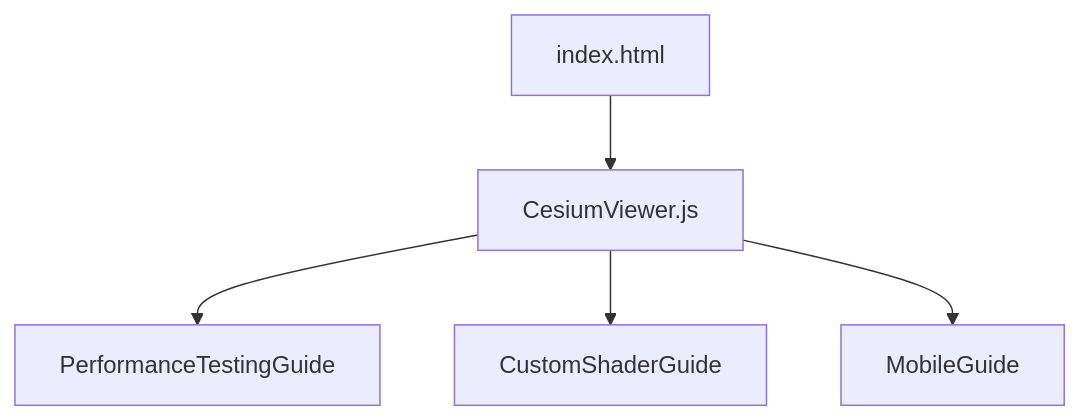
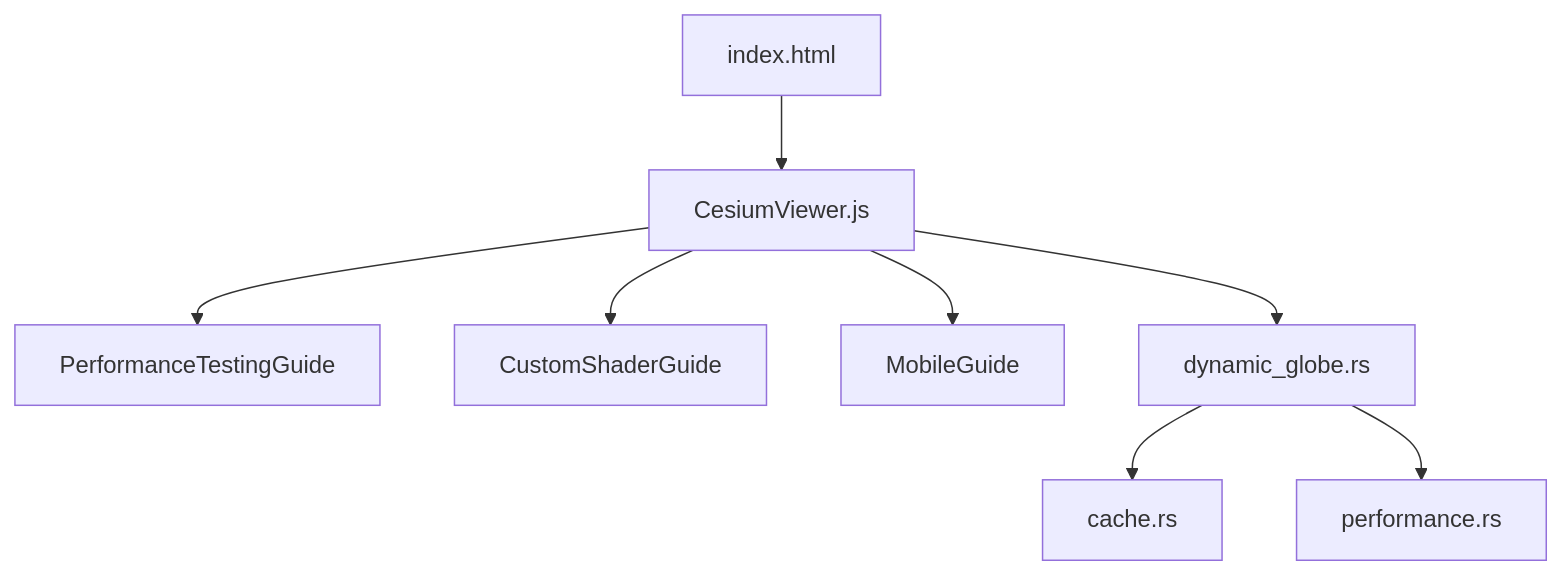
Diagram 13 of 13 in .qoder/repowiki/zh/content/性能优化/性能优化.md (rzhangjing/cesium), drawn with Mermaid before and after one commit. The commit also changed other lines of this file and 24 other files, not shown here.

````diff
--- a/.qoder/repowiki/zh/content/性能优化/性能优化.md
+++ b/.qoder/repowiki/zh/content/性能优化/性能优化.md
@@ -368,7 +486,10 @@
 ```mermaid
 graph TB
 Index["index.html"] --> Viewer["CesiumViewer.js"]
 Viewer --> Perf["PerformanceTestingGuide"]
 Viewer --> Shader["CustomShaderGuide"]
 Viewer --> Mobile["MobileGuide"]
+Viewer --> DynamicGlobe["dynamic_globe.rs"]
+DynamicGlobe --> Cache["cache.rs"]
+DynamicGlobe --> Performance["performance.rs"]
 ```
````
